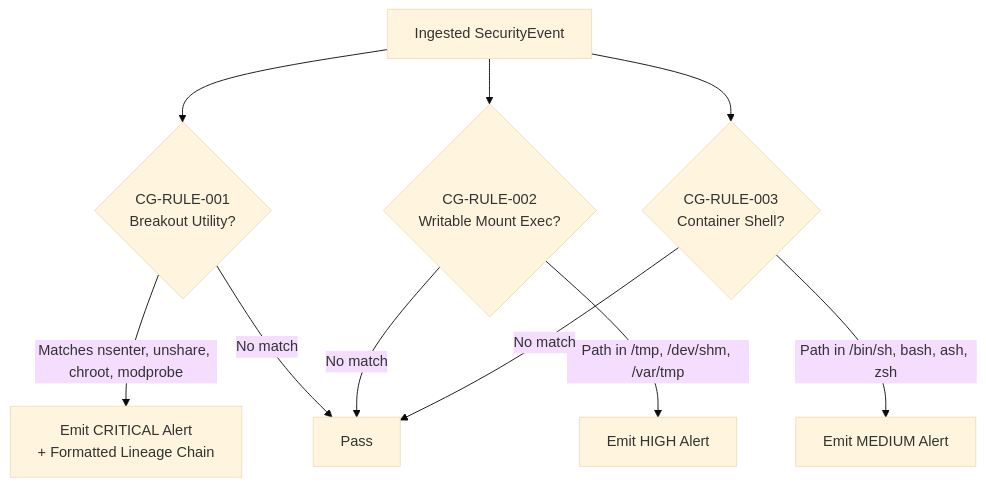
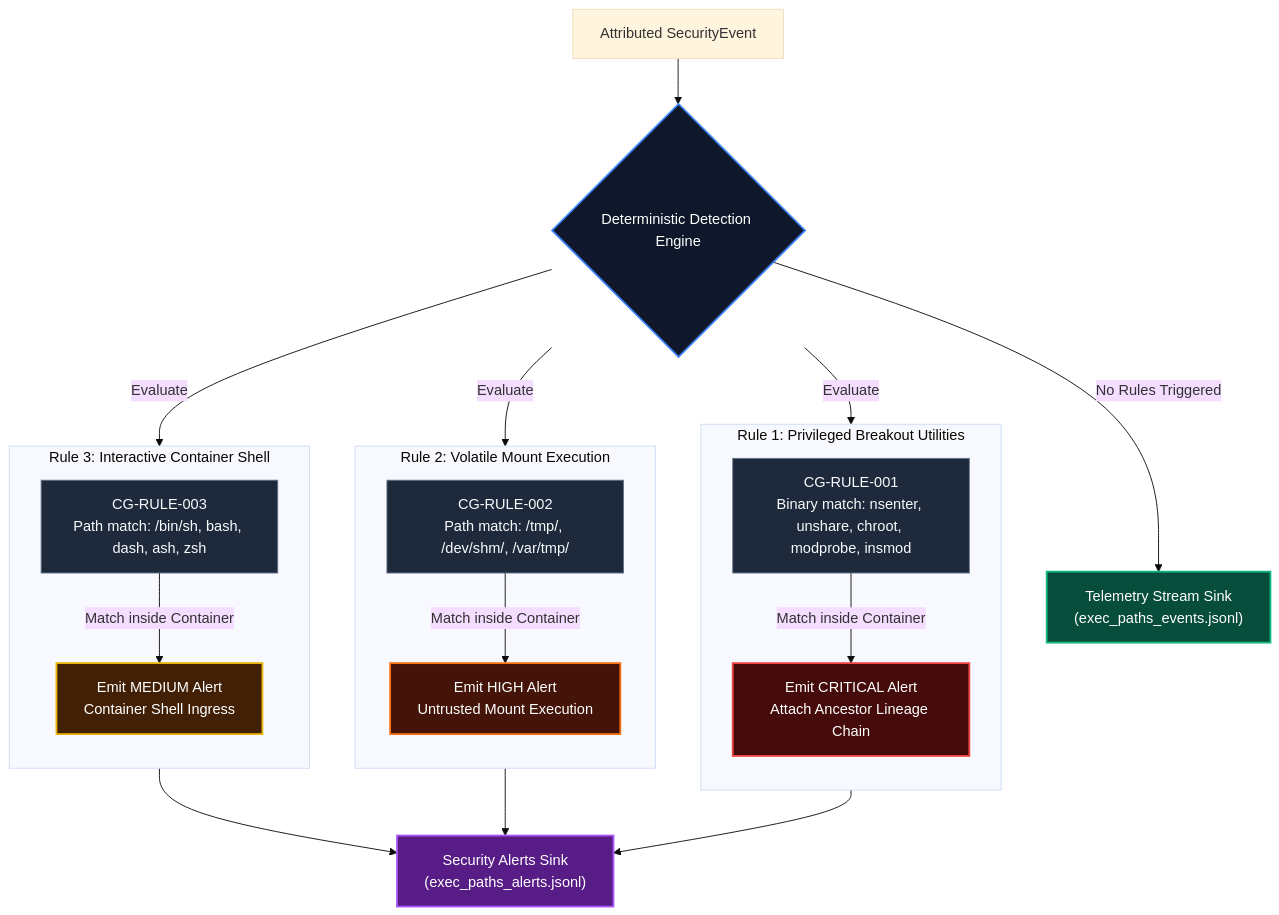
Before and after one commit to ramKarthik57/containerguard: the sixth of 6 diagrams in ARCHITECTURE.md, drawn with Mermaid (base theme). The commit also changed other lines of this file and 4 other files, not shown here.

First line of the commit message:
docs(diagrams): overhaul and perfect all mermaid architectural diagrams

````diff
--- a/ARCHITECTURE.md
+++ b/ARCHITECTURE.md
@@ -316,14 +362,48 @@
 ```mermaid
 flowchart TD
-    EV["Ingested SecurityEvent"] --> R1{"CG-RULE-001<br/>Breakout Utility?"}
-    EV --> R2{"CG-RULE-002<br/>Writable Mount Exec?"}
-    EV --> R3{"CG-RULE-003<br/>Container Shell?"}
+    EV["Attributed SecurityEvent"] --> EVAL{"Deterministic Detection Engine"}
 
-    R1 -->|Matches nsenter, unshare, chroot, modprobe| A1["Emit CRITICAL Alert<br/>+ Formatted Lineage Chain"]
-    R2 -->|Path in /tmp, /dev/shm, /var/tmp| A2["Emit HIGH Alert"]
-    R3 -->|Path in /bin/sh, bash, ash, zsh| A3["Emit MEDIUM Alert"]
+    subgraph Rule1 ["Rule 1: Privileged Breakout Utilities"]
+        direction TB
+        R1["CG-RULE-001<br/>Binary match: nsenter, unshare, chroot, modprobe, insmod"]
+        R1 -->|Match inside Container| A1["Emit CRITICAL Alert<br/>Attach Ancestor Lineage Chain"]
+    end
 
-    R1 -->|No match| PASS["Pass"]
-    R2 -->|No match| PASS
-    R3 -->|No match| PASS
+    subgraph Rule2 ["Rule 2: Volatile Mount Execution"]
+        direction TB
+        R2["CG-RULE-002<br/>Path match: /tmp/, /dev/shm/, /var/tmp/"]
+        R2 -->|Match inside Container| A2["Emit HIGH Alert<br/>Untrusted Mount Execution"]
+    end
+
+    subgraph Rule3 ["Rule 3: Interactive Container Shell"]
+        direction TB
+        R3["CG-RULE-003<br/>Path match: /bin/sh, bash, dash, ash, zsh"]
+        R3 -->|Match inside Container| A3["Emit MEDIUM Alert<br/>Container Shell Ingress"]
+    end
+
+    EVAL -->|Evaluate| R1
+    EVAL -->|Evaluate| R2
+    EVAL -->|Evaluate| R3
+
+    A1 --> ALERTS["Security Alerts Sink<br/>(exec_paths_alerts.jsonl)"]
+    A2 --> ALERTS
+    A3 --> ALERTS
+
+    EVAL -->|No Rules Triggered| TELEM["Telemetry Stream Sink<br/>(exec_paths_events.jsonl)"]
+
+    classDef eval fill:#0f172a,stroke:#3b82f6,stroke-width:2px,color:#fff;
+    classDef rule fill:#1e293b,stroke:#64748b,stroke-width:1px,color:#f8fafc;
+    classDef crit fill:#450a0a,stroke:#ef4444,stroke-width:2px,color:#fff;
+    classDef high fill:#431407,stroke:#f97316,stroke-width:2px,color:#fff;
+    classDef med fill:#422006,stroke:#eab308,stroke-width:2px,color:#fff;
+    classDef pass fill:#064e3b,stroke:#10b981,stroke-width:2px,color:#fff;
+    classDef alertsink fill:#581c87,stroke:#a855f7,stroke-width:2px,color:#fff;
+
+    class EVAL eval;
+    class R1,R2,R3 rule;
+    class A1 crit;
+    class A2 high;
+    class A3 med;
+    class TELEM pass;
+    class ALERTS alertsink;
 ```
````
